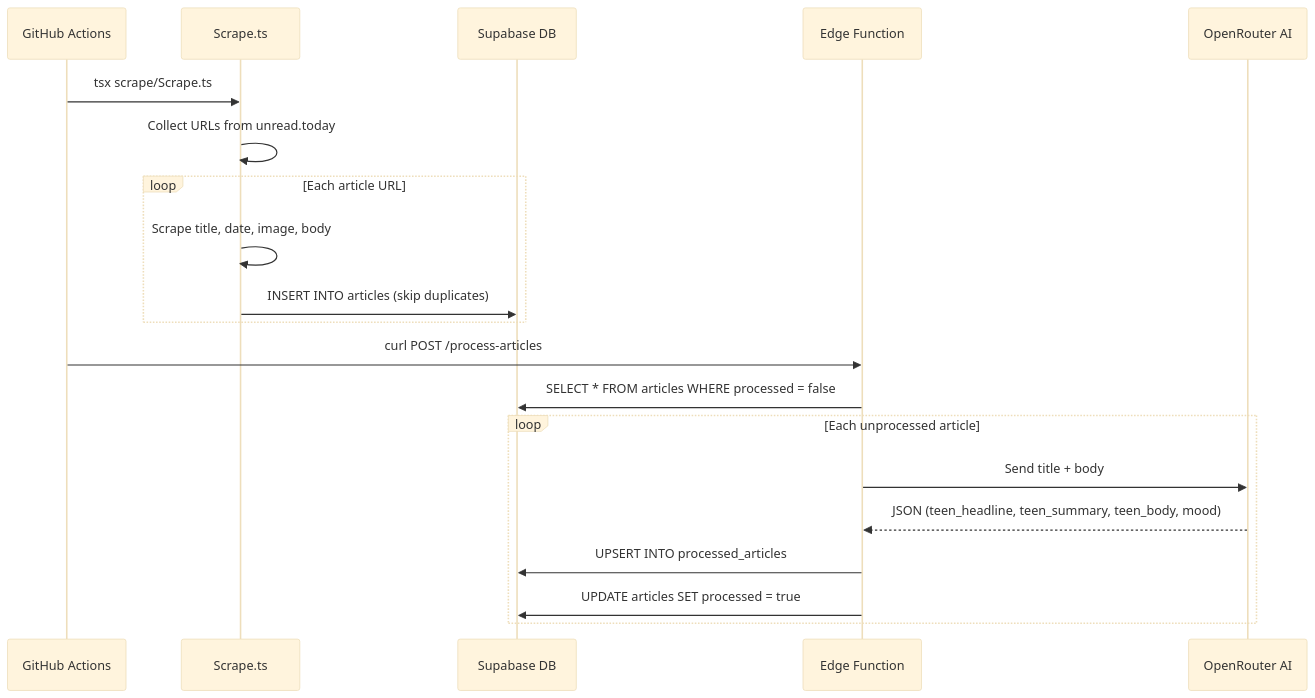
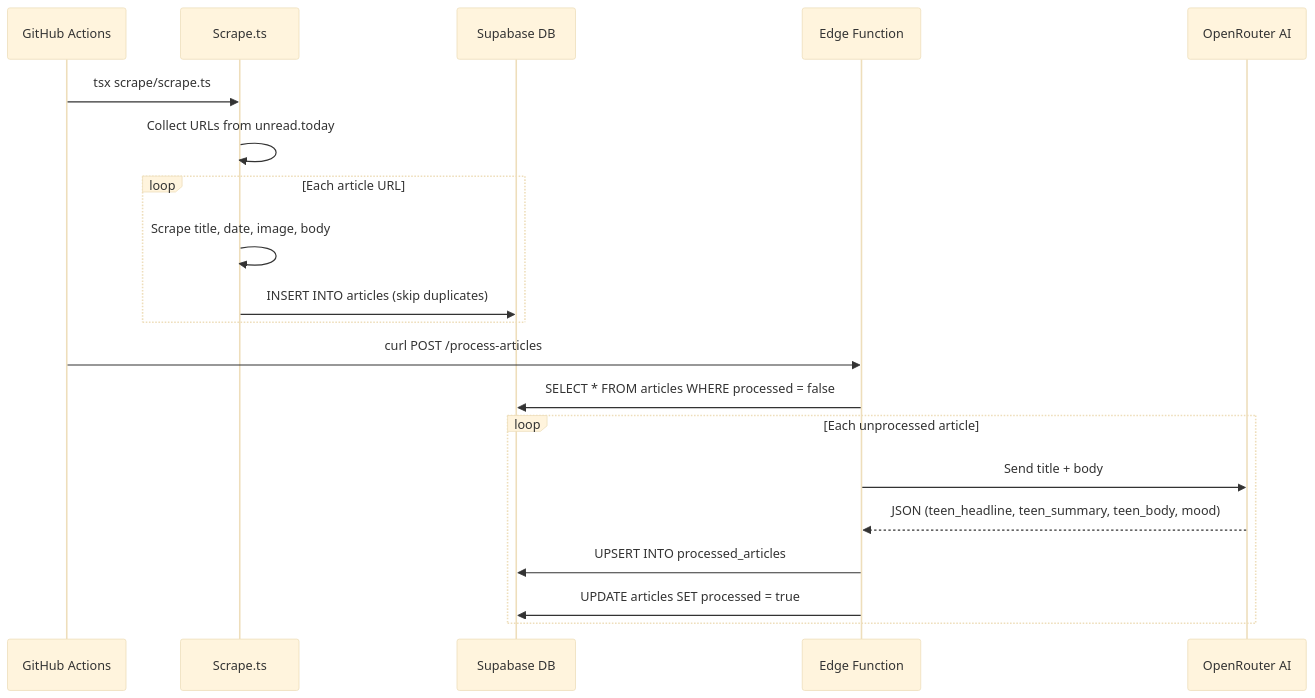
One commit to Ariubilig/ITelecNEWS changed the diagram in README.md. Above: the diagram before and after it, drawn with Mermaid (base theme). The commit also changed 20 other files, not shown here.

````diff
--- a/README.md
+++ b/README.md
@@ -1,23 +1,23 @@
 ```mermaid
 sequenceDiagram
     participant GH as GitHub Actions
     participant SC as Scrape.ts
     participant DB as Supabase DB
     participant EF as Edge Function
     participant AI as OpenRouter AI
 
-    GH->>SC: tsx scrape/Scrape.ts
+    GH->>SC: tsx scrape/scrape.ts
     SC->>SC: Collect URLs from unread.today
     loop Each article URL
         SC->>SC: Scrape title, date, image, body
         SC->>DB: INSERT INTO articles (skip duplicates)
     end
     GH->>EF: curl POST /process-articles
     EF->>DB: SELECT * FROM articles WHERE processed = false
     loop Each unprocessed article
         EF->>AI: Send title + body
         AI-->>EF: JSON (teen_headline, teen_summary, teen_body, mood)
         EF->>DB: UPSERT INTO processed_articles
         EF->>DB: UPDATE articles SET processed = true
     end
 ```
````
